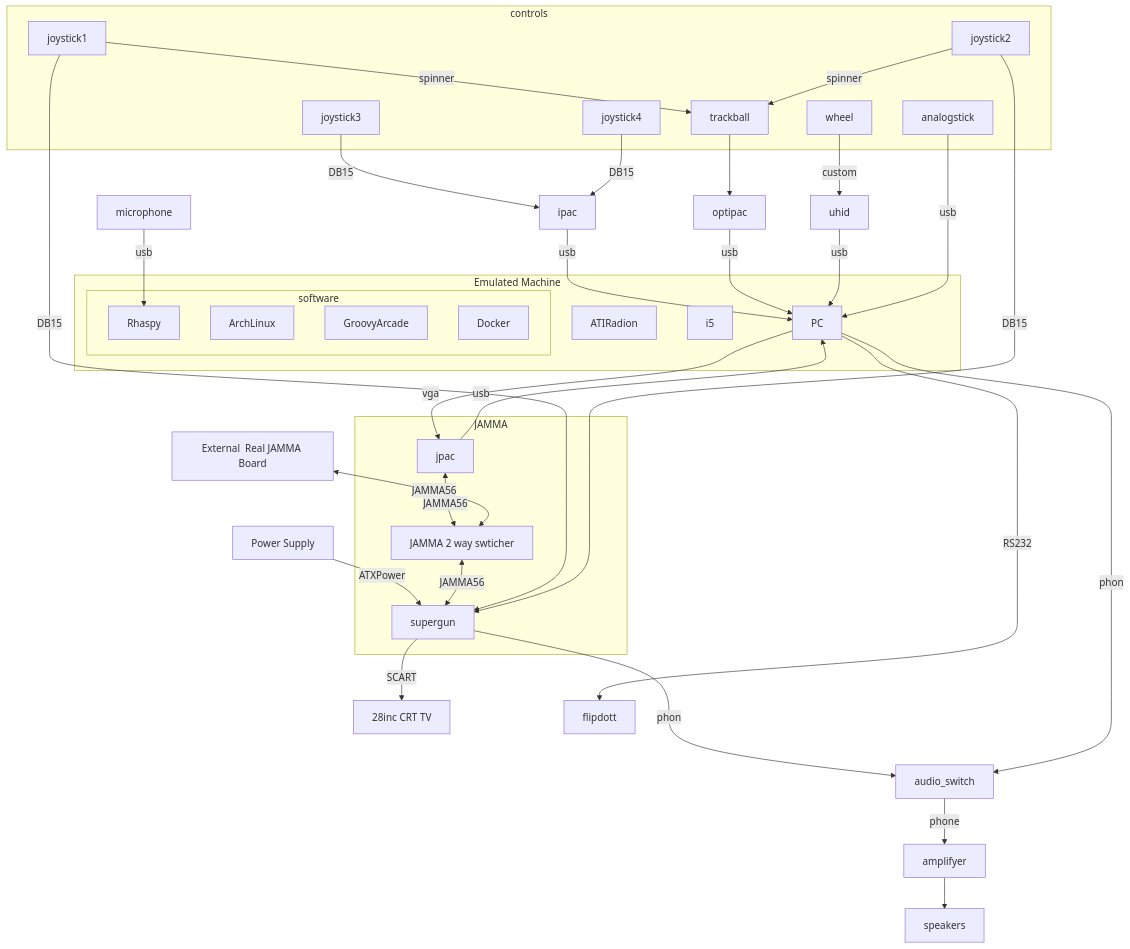
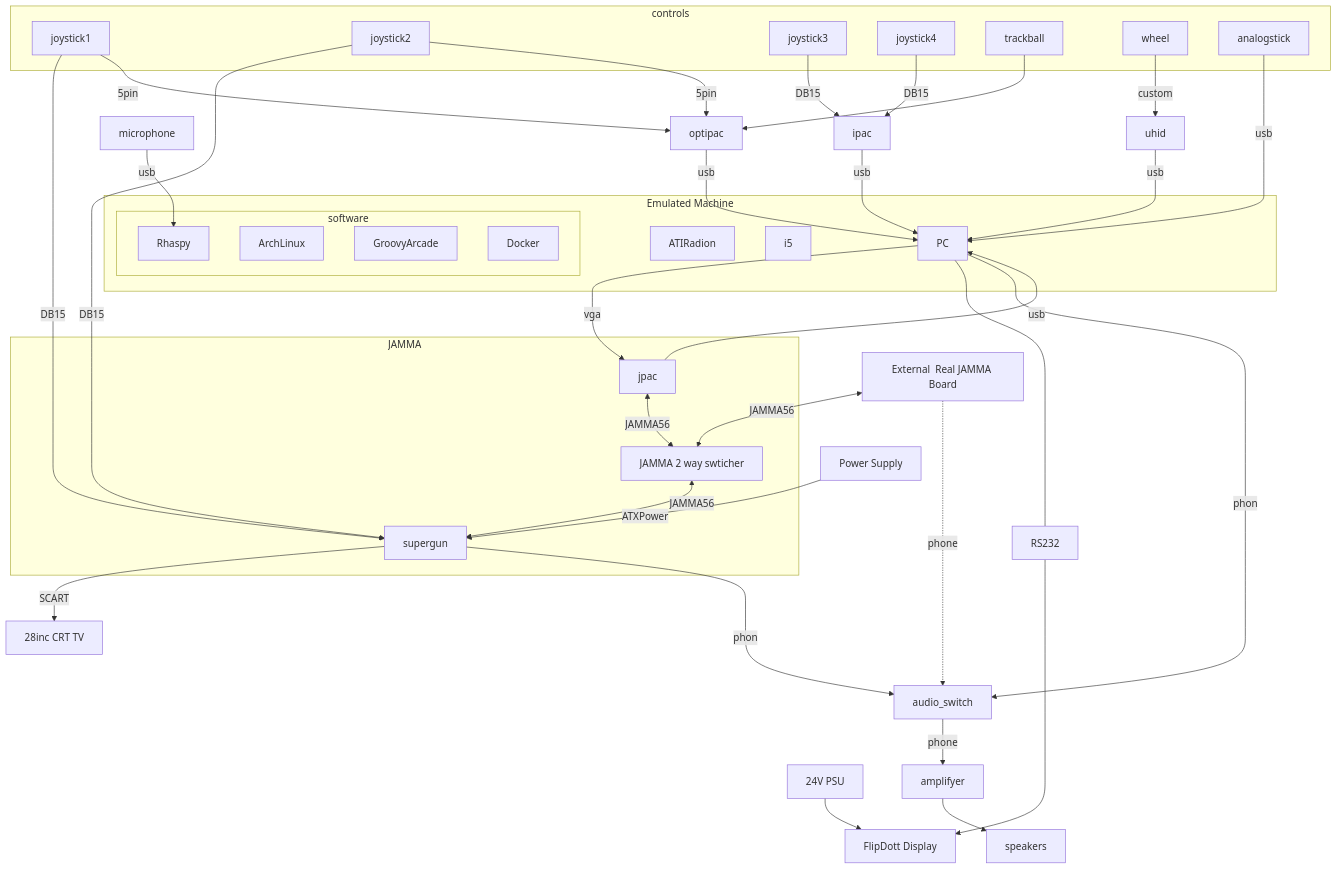
One commit to calaldees/blog changed the diagram in construction/arcadeCabinet/mark2.md. Above: the diagram before and after it, drawn with Mermaid.

Commit message:
tweaks to mermaid mark2

````diff
--- a/construction/arcadeCabinet/mark2.md
+++ b/construction/arcadeCabinet/mark2.md
@@ -517,64 +517,68 @@
 ```mermaid
 graph TD
     PC[PC]
     CRT[28inc CRT TV]
     jamma_sw[JAMMA 2 way swticher]
     supergun
     atx[Power Supply] --ATXPower--> supergun
+    jamma_board[External  Real JAMMA Board]
+    flipdott[FlipDott Display]
+    24v[24V PSU] --> flipdott
     
     PC --vga--> jpac
     jpac --usb--> PC
 
     ipac --usb--> PC
     jpac <--JAMMA56--> jamma_sw <--JAMMA56--> supergun
     supergun --SCART--> CRT
     supergun --phono--> audio_switch
-    jamma_board[External  Real JAMMA Board] <--JAMMA56--> jamma_sw
-    PC --RS232-----> flipdott
+    jamma_board <--JAMMA56--> jamma_sw
+    PC -----RS232-----> flipdott
     PC --phono--> audio_switch
     audio_switch --phone--> amplifyer --> speakers
+    jamma_board -.phone.-> audio_switch
 
     microphone --usb--> Rhaspy
 
     subgraph JAMMA
         jpac
         jamma_sw
         supergun
     end
 
     joystick1 --DB15--> supergun
     joystick2 --DB15--> supergun
     joystick3 --DB15--> ipac
     joystick4 --DB15--> ipac
 
-    joystick1 --spinner--> trackball
-    joystick2 --spinner--> trackball
+    joystick1 --5pin--> optipac
+    joystick2 --5pin--> optipac
 
     trackball --> optipac --usb--> PC
     wheel --custom--> uhid --usb--> PC
     analogstick --usb--> PC
 
 
     subgraph controls    
         joystick1
         joystick2
         joystick3
         joystick4
         wheel
         trackball
         analogstick
     end
 
 
     subgraph ee[Emulated Machine]
         PC
         ATIRadion
         i5
         subgraph software
             ArchLinux
             GroovyArcade
             Docker
             Rhaspy
         end
     end
 ```
````
